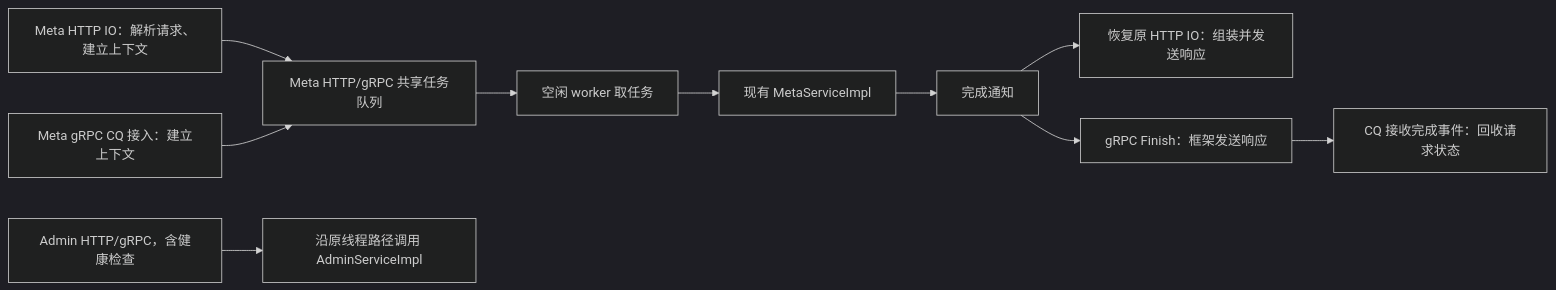
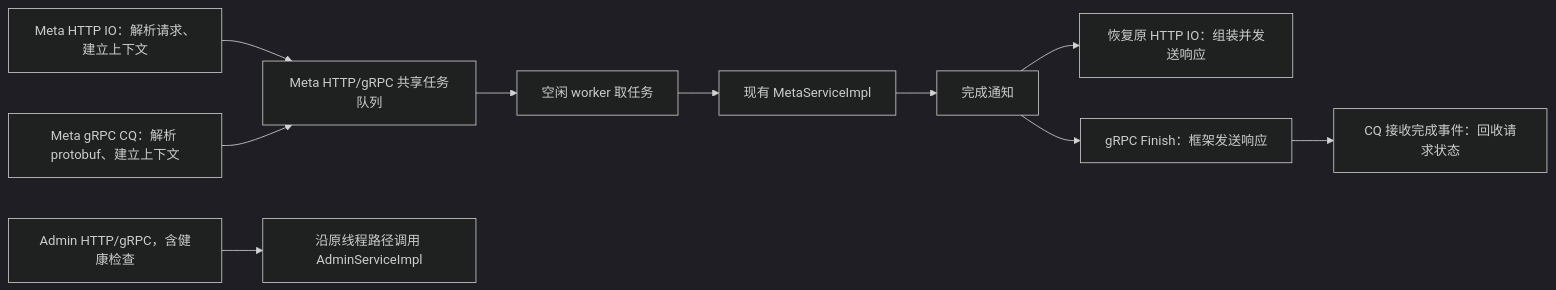
One commit to alibaba/tair-kvcache changed the diagram in docs/design/service_request_dispatch.md. Above: the diagram before and after it, drawn with Mermaid (dark theme). The commit also changed other lines of this file and 16 other files, not shown here.

````diff
--- a/docs/design/service_request_dispatch.md
+++ b/docs/design/service_request_dispatch.md
@@ -9,12 +9,12 @@
 ```mermaid
 flowchart LR
     H[Meta HTTP IO：解析请求、建立上下文] --> Q[Meta HTTP/gRPC 共享任务队列]
-    G[Meta gRPC CQ 接入：建立上下文] --> Q
+    G[Meta gRPC CQ：解析 protobuf、建立上下文] --> Q
     Q --> W[空闲 worker 取任务]
     W --> S[现有 MetaServiceImpl]
     S --> C[完成通知]
     C --> H2[恢复原 HTTP IO：组装并发送响应]
     C --> G2[gRPC Finish：框架发送响应]
     G2 --> G3[CQ 接收完成事件：回收请求状态]
     A[Admin HTTP/gRPC，含健康检查] --> A2[沿原线程路径调用 AdminServiceImpl]
 ```
````
